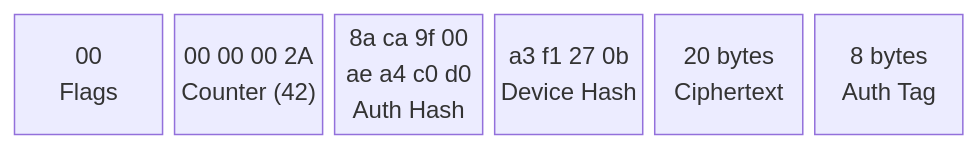
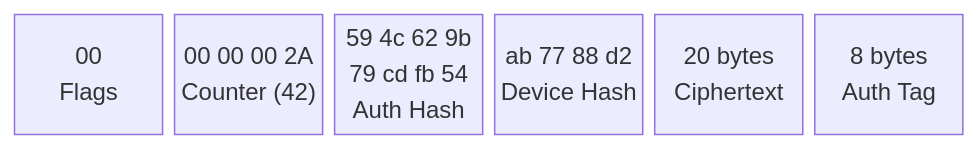
The third of 3 diagrams in TagoTiPs.md (tago-io/tagotip), drawn with Mermaid before and after one commit. The commit also changed other lines of this file, not shown here.

````diff
--- a/TagoTiPs.md
+++ b/TagoTiPs.md
@@ -226,10 +251,10 @@
 ```mermaid
 block-beta
   columns 6
   F["00\nFlags"]:1
   C["00 00 00 2A\nCounter (42)"]:1
-  A["8a ca 9f 00\nae a4 c0 d0\nAuth Hash"]:1
-  D["a3 f1 27 0b\nDevice Hash"]:1
+  A["59 4c 62 9b\n79 cd fb 54\nAuth Hash"]:1
+  D["ab 77 88 d2\nDevice Hash"]:1
   CT["20 bytes\nCiphertext"]:1
   T["8 bytes\nAuth Tag"]:1
 ```
````
